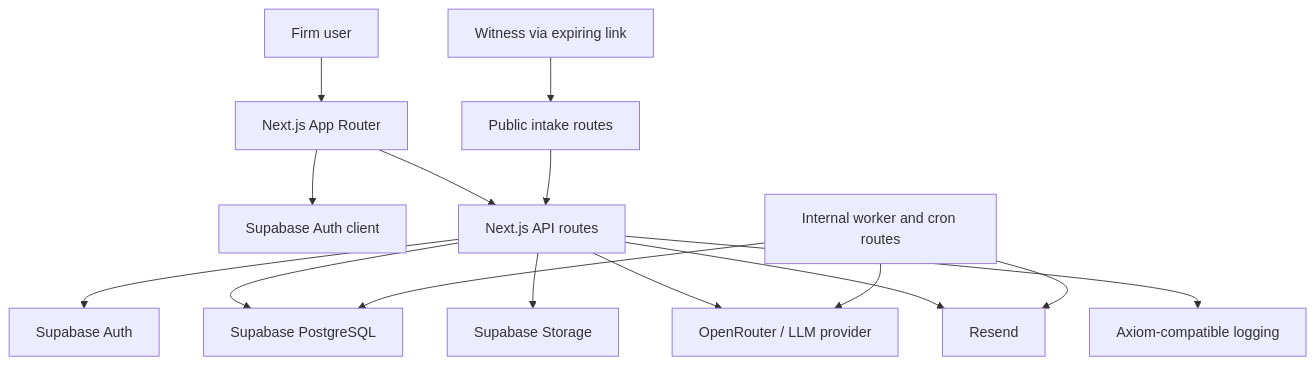
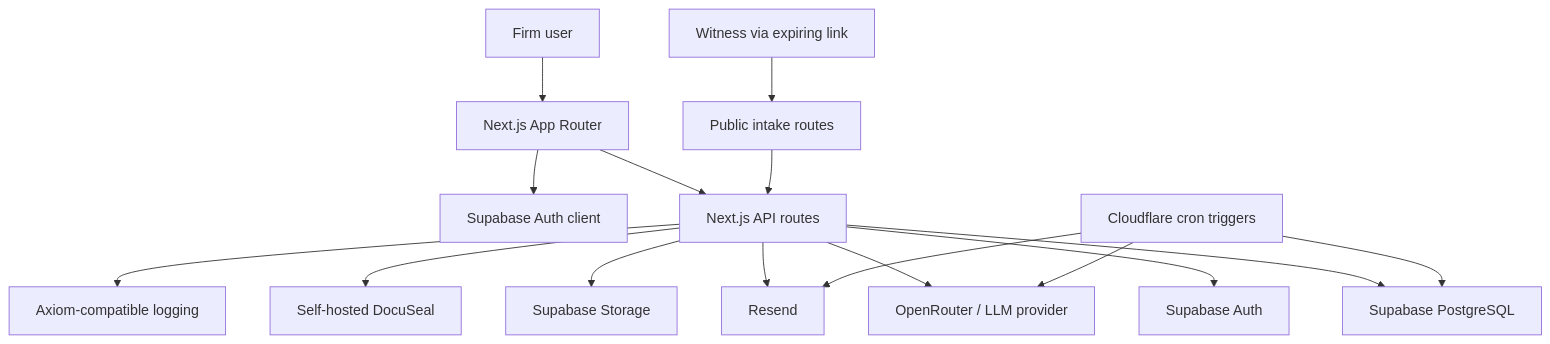
The diagram in README.md (uzair223/casey), drawn with Mermaid before and after one commit. The commit also changed other lines of this file and 70 other files, not shown here.

First line of the commit message:
feat: run Casey on Cloudflare with DocuSeal signing and Stripe seats

````diff
--- a/README.md
+++ b/README.md
@@ -23,17 +23,18 @@
 ```mermaid
 flowchart TD
 		FirmUser["Firm user"] --> NextApp["Next.js App Router"]
 		Witness["Witness via expiring link"] --> Intake["Public intake routes"]
 		NextApp --> ClientAuth["Supabase Auth client"]
 		NextApp --> Api["Next.js API routes"]
 		Intake --> Api
 		Api --> Auth["Supabase Auth"]
 		Api --> Database["Supabase PostgreSQL"]
 		Api --> Storage["Supabase Storage"]
 		Api --> AI["OpenRouter / LLM provider"]
 		Api --> Email["Resend"]
+		Api --> Signing["Self-hosted DocuSeal"]
 		Api --> Logging["Axiom-compatible logging"]
-		Workers["Internal worker and cron routes"] --> Database
+		Workers["Cloudflare cron triggers"] --> Database
 		Workers --> AI
 		Workers --> Email
 ```
````
